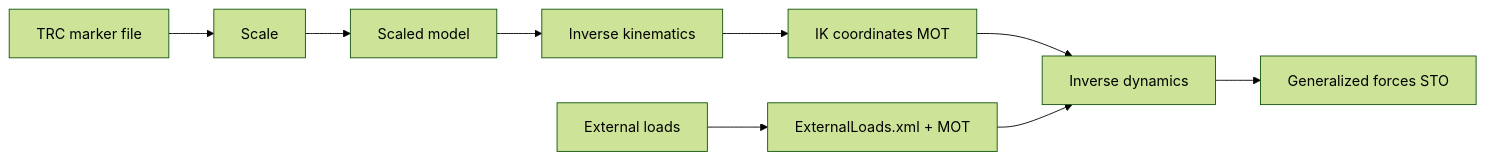
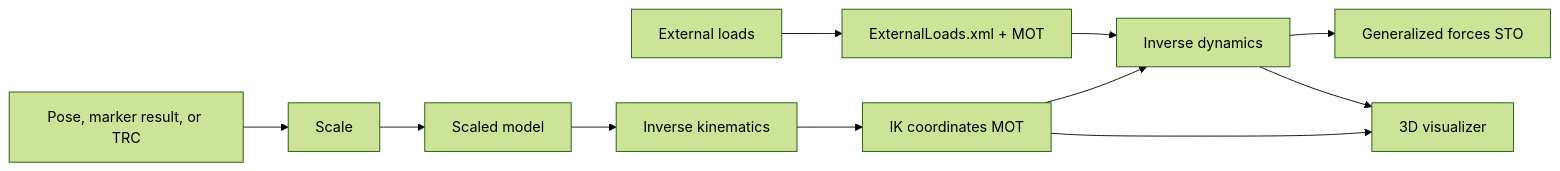
The diagram in docs/stages/opensim.md (chags1313/monomech), drawn with Mermaid (forest theme) before and after one commit. The commit also changed other lines of this file and 24 other files, not shown here.

````diff
--- a/docs/stages/opensim.md
+++ b/docs/stages/opensim.md
@@ -17,11 +17,13 @@
 ```mermaid
 flowchart LR
-  A["TRC marker file"] --> B["Scale"]
+  A["Pose, marker result, or TRC"] --> B["Scale"]
   B --> C["Scaled model"]
   C --> D["Inverse kinematics"]
   D --> E["IK coordinates MOT"]
   F["External loads"] --> G["ExternalLoads.xml + MOT"]
   E --> H["Inverse dynamics"]
   G --> H
   H --> I["Generalized forces STO"]
+  E --> J["3D visualizer"]
+  H --> J
 ```
````
